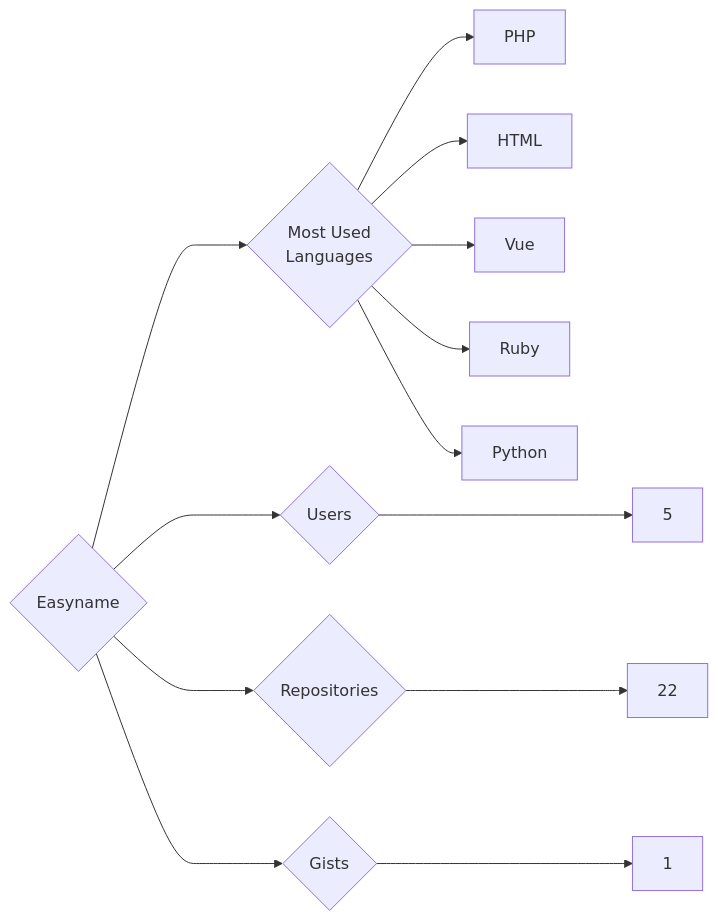
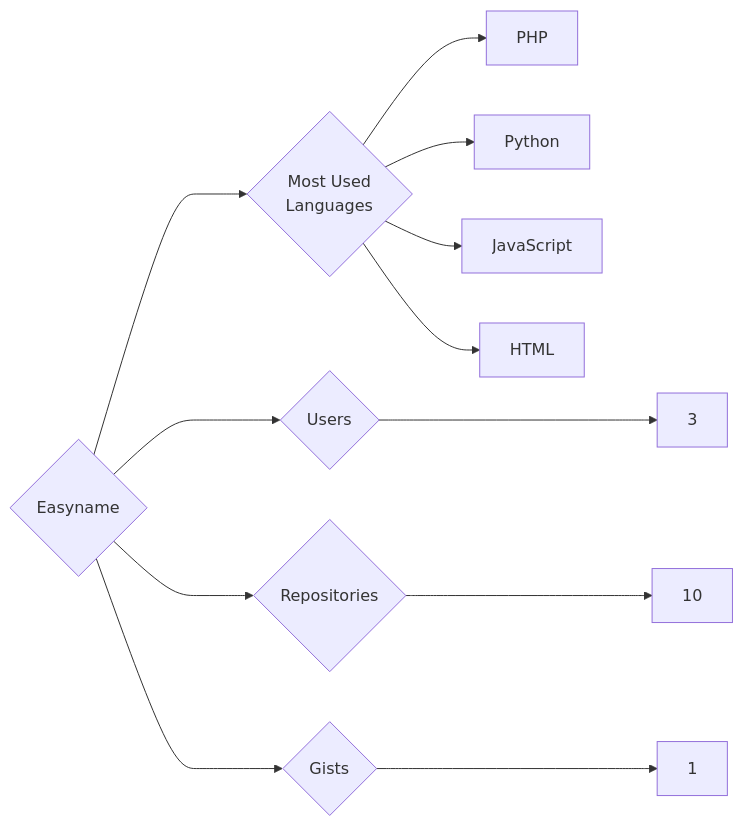
One commit to trickest/insiders changed the diagram in targets/Easyname/README.md. Above: the diagram before and after it, drawn with Mermaid. The commit also changed 553 other files, not shown here.

````diff
--- a/targets/Easyname/README.md
+++ b/targets/Easyname/README.md
@@ -3,13 +3,12 @@
 ```mermaid
 graph LR
 COMPANY_NAME{Easyname}
-COMPANY_NAME ---> U{Users} ---> UN[5]
-COMPANY_NAME ---> R{Repositories} ---> RN[22]
+COMPANY_NAME ---> U{Users} ---> UN[3]
+COMPANY_NAME ---> R{Repositories} ---> RN[10]
 COMPANY_NAME ---> G{Gists} ---> GN[1]
 COMPANY_NAME ---> ML{Most Used<br>Languages}
 ML --> PHP[PHP]
+ML --> Python[Python]
+ML --> JavaScript[JavaScript]
 ML --> HTML[HTML]
-ML --> Vue[Vue]
-ML --> Ruby[Ruby]
-ML --> Python[Python]
 ```
````
